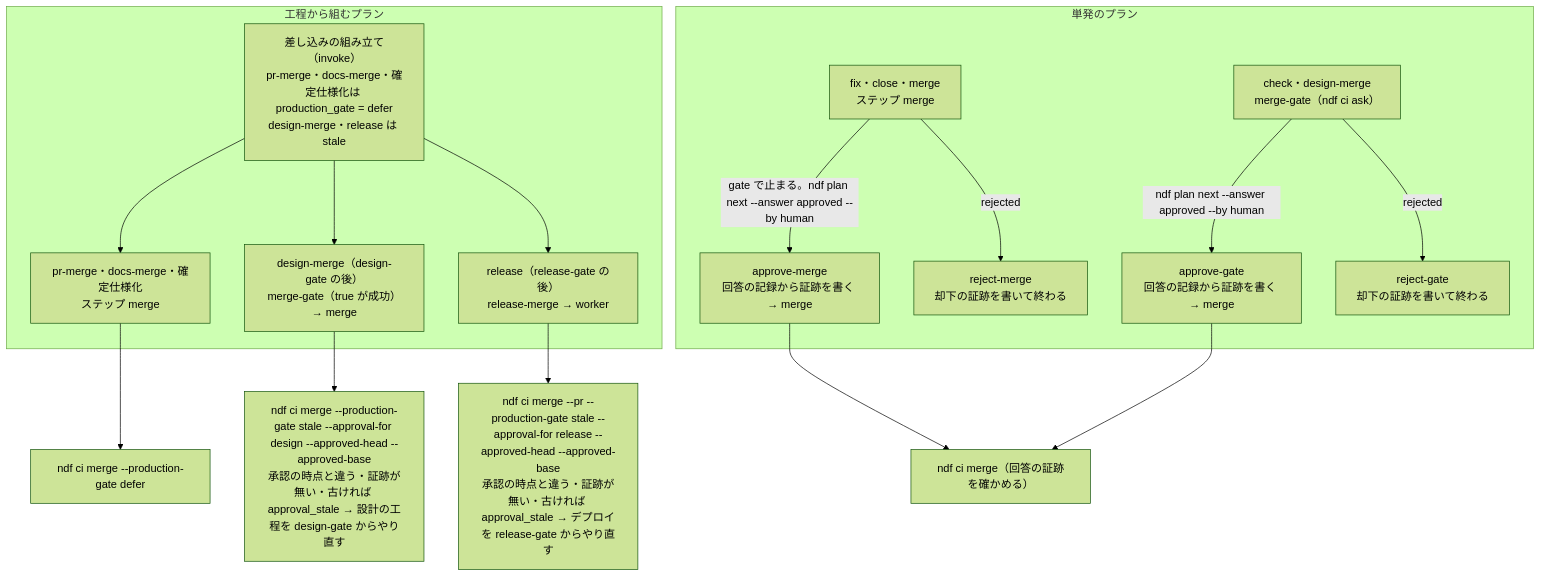
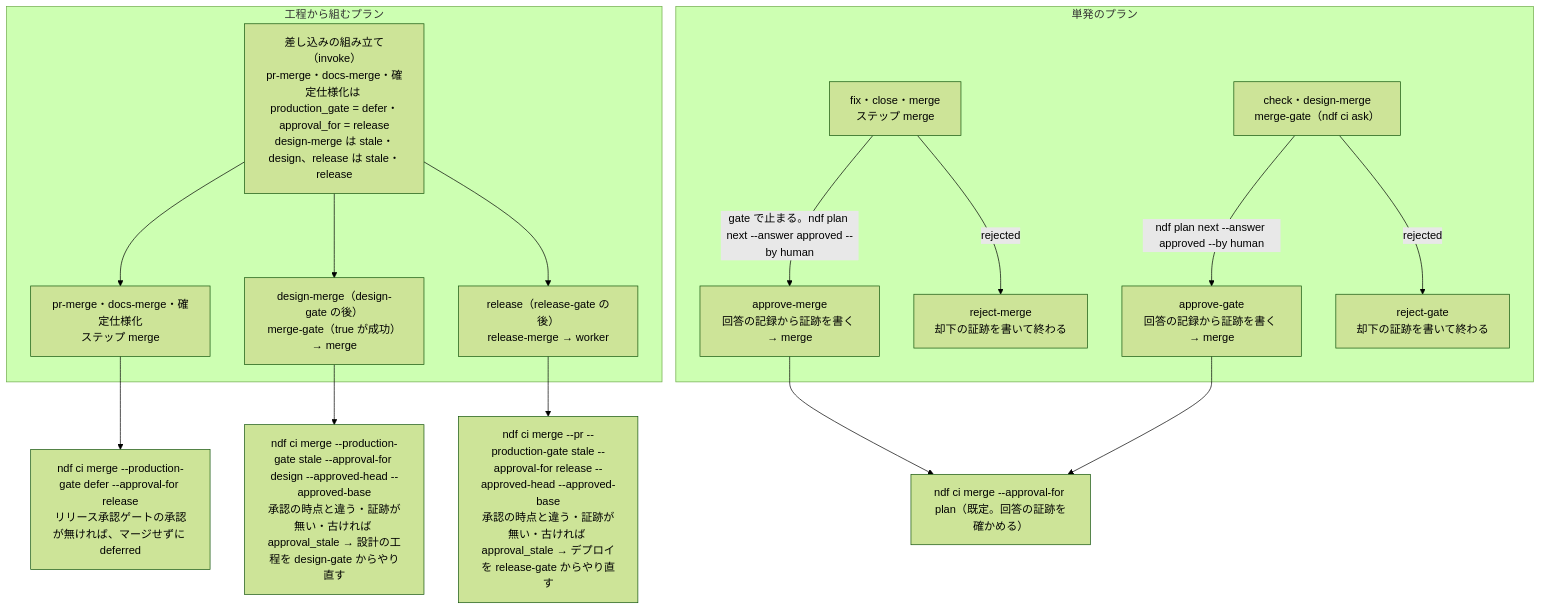
One commit to devbasex/ai-plugins changed the third of 4 diagrams in issues/issue-4409-design.md. Above: the diagram before and after it, drawn with Mermaid (forest theme). The commit also changed other lines of this file, not shown here.

````diff
--- a/issues/issue-4409-design.md
+++ b/issues/issue-4409-design.md
@@ -162,20 +162,20 @@
 ```mermaid
 graph TD
     subgraph 工程から組むプラン
-        IV["差し込みの組み立て（invoke）<br/>pr-merge・docs-merge・確定仕様化は production_gate = defer<br/>design-merge・release は stale"]
+        IV["差し込みの組み立て（invoke）<br/>pr-merge・docs-merge・確定仕様化は production_gate = defer・approval_for = release<br/>design-merge は stale・design、release は stale・release"]
         IV --> S1["pr-merge・docs-merge・確定仕様化<br/>ステップ merge"]
         IV --> S2["design-merge（design-gate の後）<br/>merge-gate（true が成功）→ merge"]
         IV --> S3["release（release-gate の後）<br/>release-merge → worker"]
     end
     subgraph 単発のプラン
         U1["fix・close・merge<br/>ステップ merge"] -->|gate で止まる。ndf plan next --answer approved --by human| U1b["approve-merge<br/>回答の記録から証跡を書く → merge"]
         U3["check・design-merge<br/>merge-gate（ndf ci ask）"] -->|ndf plan next --answer approved --by human| U3b["approve-gate<br/>回答の記録から証跡を書く → merge"]
         U1 -->|rejected| U1c["reject-merge<br/>却下の証跡を書いて終わる"]
         U3 -->|rejected| U3c["reject-gate<br/>却下の証跡を書いて終わる"]
     end
-    S1 --> CM1["ndf ci merge --production-gate defer"]
+    S1 --> CM1["ndf ci merge --production-gate defer --approval-for release<br/>リリース承認ゲートの承認が無ければ、マージせずに deferred"]
     S2 --> CM2["ndf ci merge --production-gate stale --approval-for design --approved-head --approved-base<br/>承認の時点と違う・証跡が無い・古ければ approval_stale → 設計の工程を design-gate からやり直す"]
     S3 --> CM3["ndf ci merge --pr --production-gate stale --approval-for release --approved-head --approved-base<br/>承認の時点と違う・証跡が無い・古ければ approval_stale → デプロイを release-gate からやり直す"]
-    U1b --> CM4["ndf ci merge（回答の証跡を確かめる）"]
+    U1b --> CM4["ndf ci merge --approval-for plan（既定。回答の証跡を確かめる）"]
     U3b --> CM4
 ```
````
